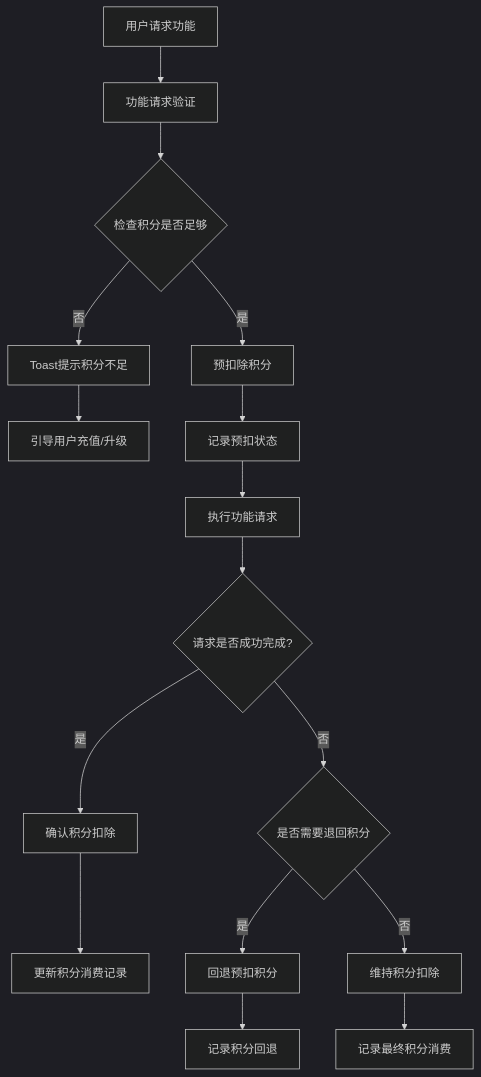
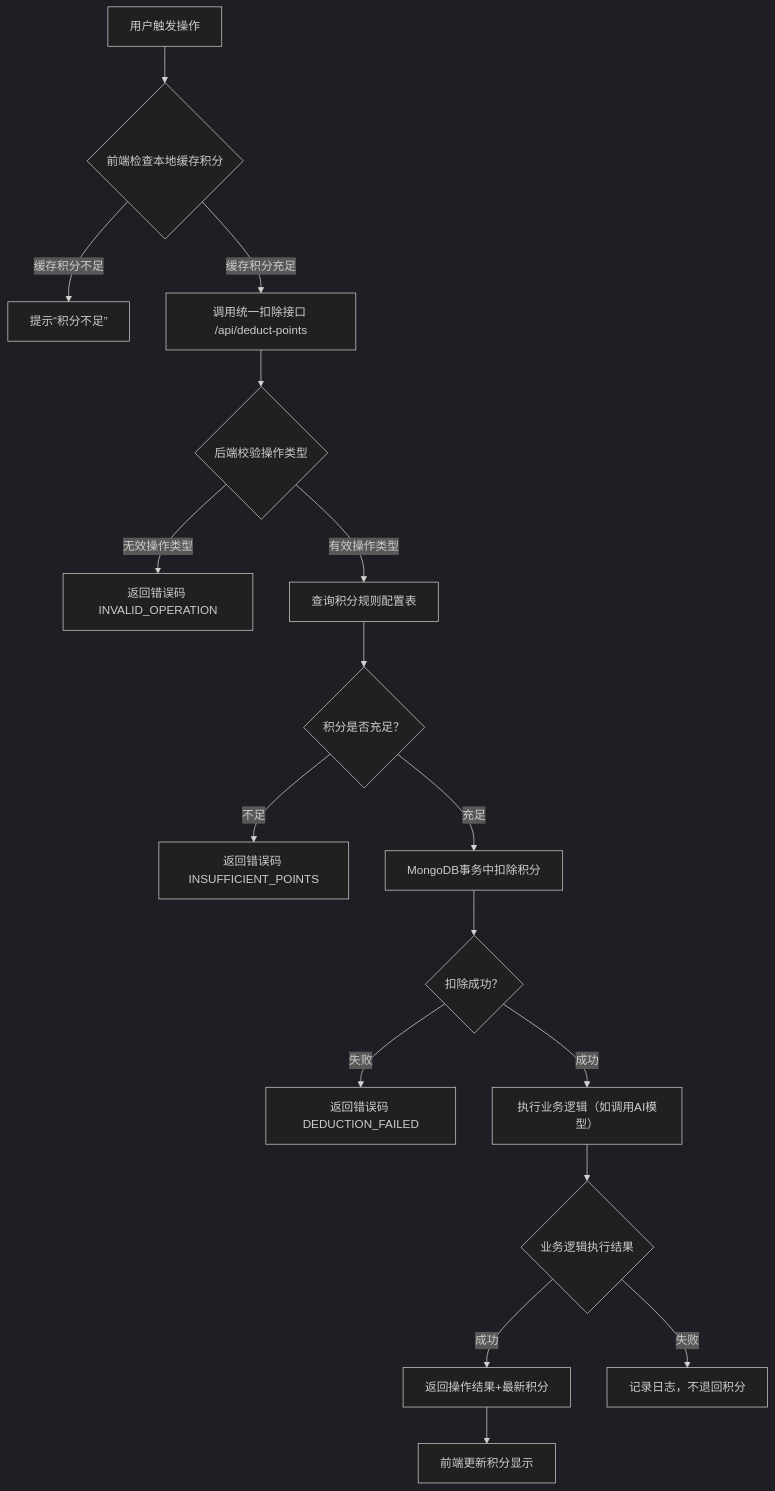
The diagram in all/未命名-65.md (yingjianzh/iodraw-files), drawn with Mermaid (dark theme) before and after one commit.

Commit message:
2025-05-22 14:54:58 update

````diff
--- a/all/未命名-65.md
+++ b/all/未命名-65.md
@@ -1,18 +1,19 @@
 ```mermaid
 flowchart TD
-    A[用户请求功能] --> B[功能请求验证]
-    B --> C{检查积分是否足够}
-    C -->|否| D[Toast提示积分不足]
-    D --> E[引导用户充值/升级]
-    C -->|是| F[预扣除积分]
-    F --> G[记录预扣状态]
-    G --> H[执行功能请求]
-    H --> I{请求是否成功完成?}
-    I -->|是| J[确认积分扣除]
-    J --> K[更新积分消费记录]
-    I -->|否| L{是否需要退回积分}
-    L -->|是| M[回退预扣积分]
-    L -->|否| N[维持积分扣除]
-    M --> O[记录积分回退]
-    N --> P[记录最终积分消费]
+    A[用户触发操作] --> B{前端检查本地缓存积分}
+    B -->|缓存积分不足| C[提示“积分不足”]
+    B -->|缓存积分充足| D[调用统一扣除接口 /api/deduct-points]
+    D --> E{后端校验操作类型}
+    E -->|无效操作类型| F[返回错误码 INVALID_OPERATION]
+    E -->|有效操作类型| G[查询积分规则配置表]
+    G --> H{积分是否充足？}
+    H -->|不足| I[返回错误码 INSUFFICIENT_POINTS]
+    H -->|充足| J[MongoDB事务中扣除积分]
+    J --> K{扣除成功？}
+    K -->|失败| L[返回错误码 DEDUCTION_FAILED]
+    K -->|成功| M[执行业务逻辑（如调用AI模型）]
+    M --> N{业务逻辑执行结果}
+    N -->|成功| O[返回操作结果+最新积分]
+    N -->|失败| P[记录日志，不退回积分]
+    O --> Q[前端更新积分显示]
 ```
````
